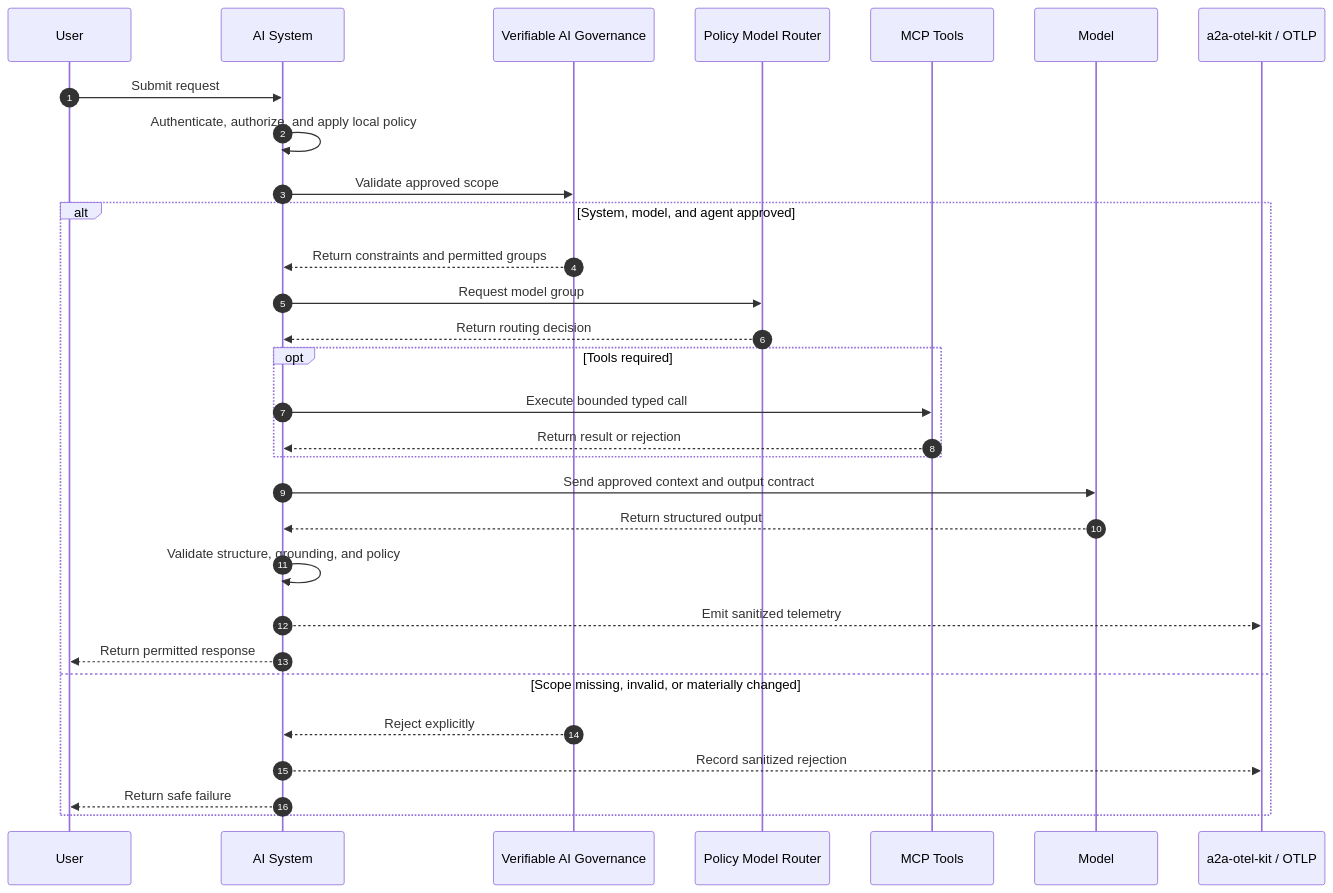
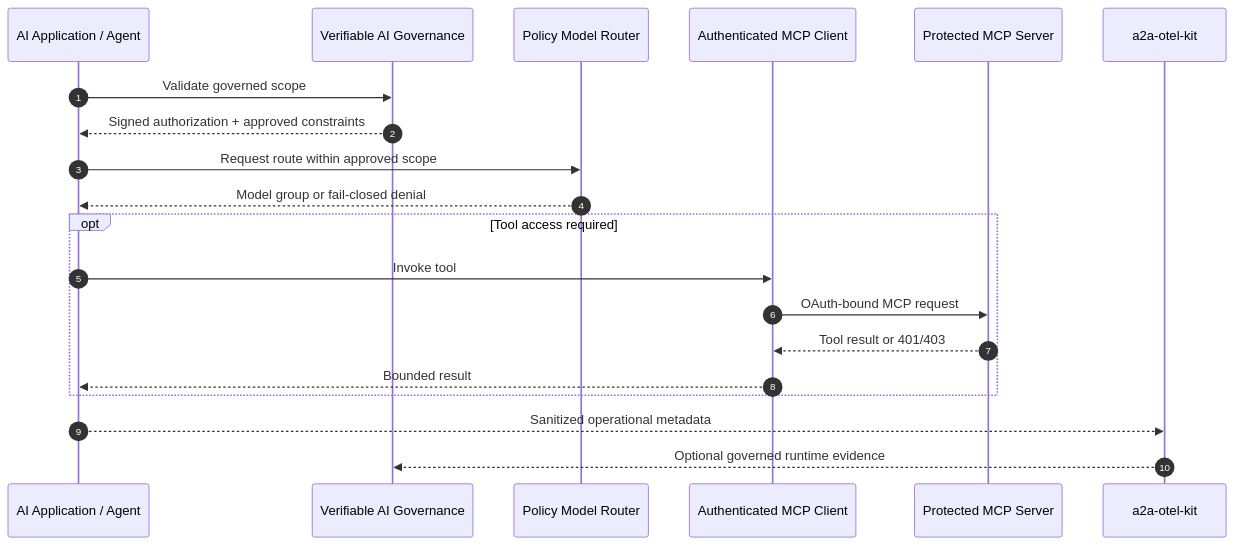
Before and after one commit to brunovicco/brunovicco: the second of 2 diagrams in PORTFOLIO_ARCHITECTURE.md, drawn with Mermaid. The commit also changed other lines of this file and 8 other files, not shown here.

````diff
--- a/PORTFOLIO_ARCHITECTURE.md
+++ b/PORTFOLIO_ARCHITECTURE.md
@@ -233,34 +136,25 @@
 ```mermaid
 sequenceDiagram
     autonumber
-    participant User
-    participant App as AI System
+    participant App as AI Application / Agent
     participant Gov as Verifiable AI Governance
     participant Router as Policy Model Router
-    participant MCP as MCP Tools
-    participant Model
-    participant OTel as a2a-otel-kit / OTLP
+    participant MCPClient as Authenticated MCP Client
+    participant MCPServer as Protected MCP Server
+    participant OTel as a2a-otel-kit
 
-    User->>App: Submit request
-    App->>App: Authenticate, authorize, and apply local policy
-    App->>Gov: Validate approved scope
+    App->>Gov: Validate governed scope
+    Gov-->>App: Signed authorization + approved constraints
+    App->>Router: Request route within approved scope
+    Router-->>App: Model group or fail-closed denial
 
-    alt System, model, and agent approved
-        Gov-->>App: Return constraints and permitted groups
-        App->>Router: Request model group
-        Router-->>App: Return routing decision
-        opt Tools required
-            App->>MCP: Execute bounded typed call
-            MCP-->>App: Return result or rejection
-        end
-        App->>Model: Send approved context and output contract
-        Model-->>App: Return structured output
-        App->>App: Validate structure, grounding, and policy
-        App-->>OTel: Emit sanitized telemetry
-        App-->>User: Return permitted response
-    else Scope missing, invalid, or materially changed
-        Gov-->>App: Reject explicitly
-        App-->>OTel: Record sanitized rejection
-        App-->>User: Return safe failure
+    opt Tool access required
+        App->>MCPClient: Invoke tool
+        MCPClient->>MCPServer: OAuth-bound MCP request
+        MCPServer-->>MCPClient: Tool result or 401/403
+        MCPClient-->>App: Bounded result
     end
+
+    App-->>OTel: Sanitized operational metadata
+    OTel-->>Gov: Optional governed runtime evidence
 ```
````
